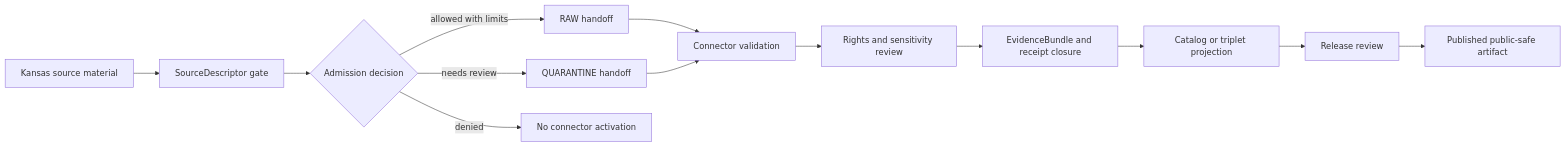
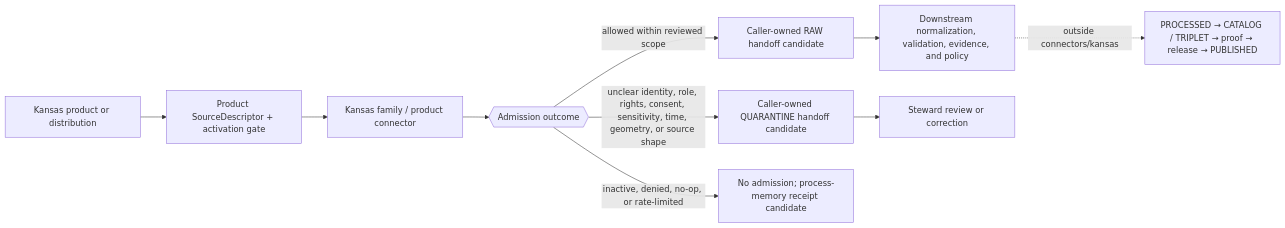
Before and after one commit to bartytime4life/Kansas-Frontier-Matrix: the diagram in connectors/kansas/README.md, drawn with Mermaid. The commit also changed other lines of this file, not shown here.

Commit message:
docs(connectors): revise Kansas family admission README

````diff
--- a/connectors/kansas/README.md
+++ b/connectors/kansas/README.md
@@ -175,15 +358,12 @@
 ```mermaid
 flowchart LR
-  A[Kansas source material] --> B[SourceDescriptor gate]
-  B --> C{Admission decision}
-  C -->|allowed with limits| D[RAW handoff]
-  C -->|needs review| Q[QUARANTINE handoff]
-  C -->|denied| X[No connector activation]
-  D --> E[Connector validation]
-  Q --> E
-  E --> F[Rights and sensitivity review]
-  F --> G[EvidenceBundle and receipt closure]
-  G --> H[Catalog or triplet projection]
-  H --> I[Release review]
-  I --> P[Published public-safe artifact]
+  A["Kansas product or distribution"] --> B["Product SourceDescriptor + activation gate"]
+  B --> C["Kansas family / product connector"]
+  C --> D{{"Admission outcome"}}
+  D -->|"allowed within reviewed scope"| R["Caller-owned RAW handoff candidate"]
+  D -->|"unclear identity, role, rights, consent, sensitivity, time, geometry, or source shape"| Q["Caller-owned QUARANTINE handoff candidate"]
+  D -->|"inactive, denied, no-op, or rate-limited"| X["No admission; process-memory receipt candidate"]
+  R --> V["Downstream normalization, validation, evidence, and policy"]
+  Q --> S["Steward review or correction"]
+  V -. "outside connectors/kansas" .-> P["PROCESSED → CATALOG / TRIPLET → proof → release → PUBLISHED"]
 ```
````
